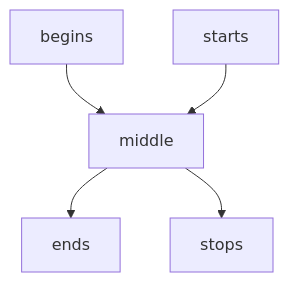
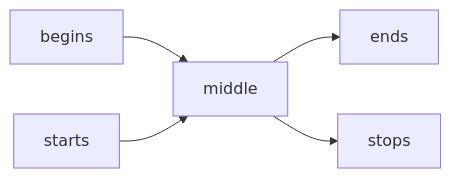
The first of 6 diagrams in README.md (konfirm/graph), drawn with Mermaid before and after one commit. The commit also changed other lines of this file and 1 other file, not shown here.

````diff
--- a/README.md
+++ b/README.md
@@ -108,7 +92,7 @@
 ```mermaid
-graph TD
+graph LR
   begins-->middle
   middle-->ends
   starts-->middle
   middle-->stops
 ```
````
